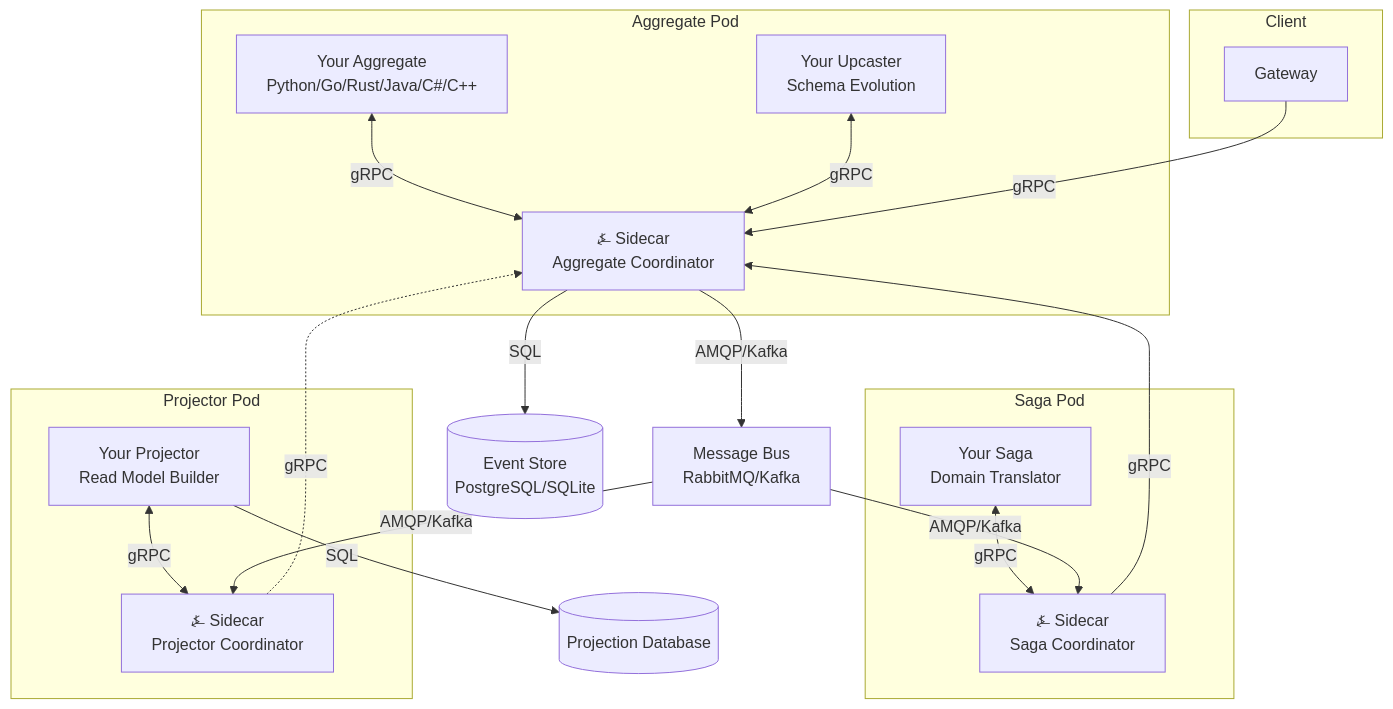
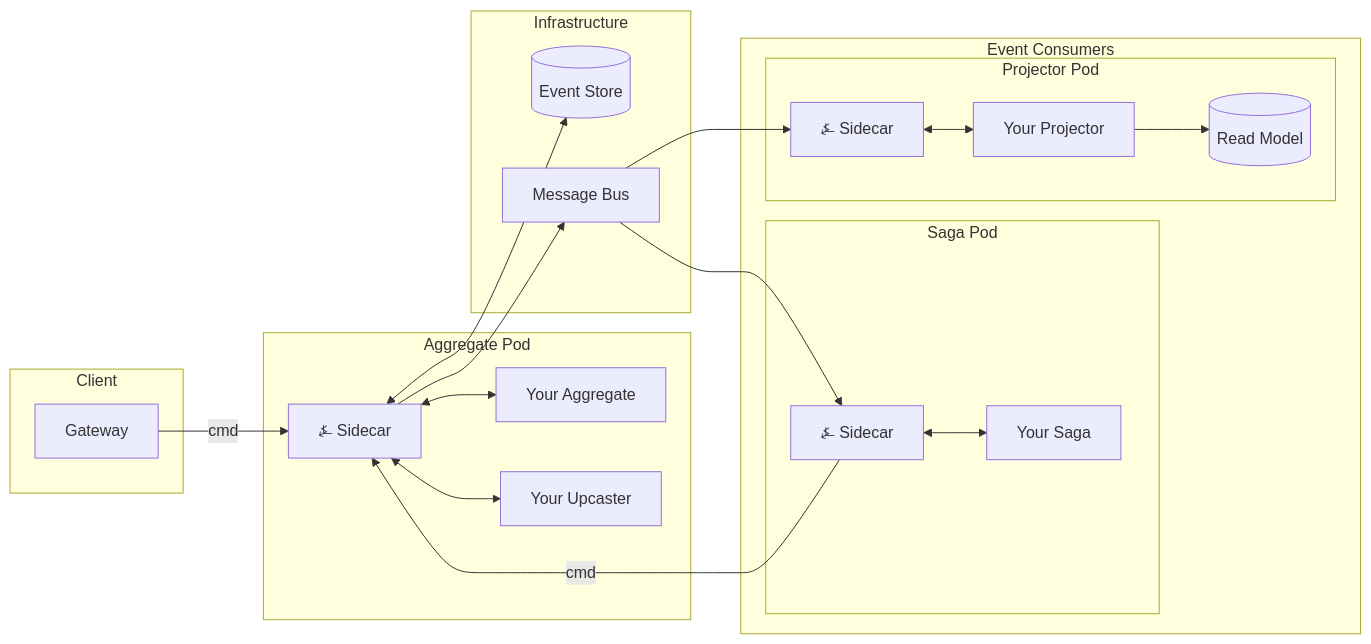
One commit to benjaminabbitt/angzarr changed the diagram in docs/docs/intro.md. Above: the diagram before and after it, drawn with Mermaid.

Commit message:
Simplify architecture diagram: LR flow, grouped infrastructure, fewer crossings

````diff
--- a/docs/docs/intro.md
+++ b/docs/docs/intro.md
@@ -75,39 +75,42 @@
 ```mermaid
-flowchart TB
+flowchart LR
     subgraph Client
         GW[Gateway]
     end
 
-    ES[(Event Store<br/>PostgreSQL/SQLite)]
-    BUS[Message Bus<br/>RabbitMQ/Kafka]
-    PRJ_DB[(Projection Database)]
-
     subgraph AggPod[Aggregate Pod]
-        AGG[Your Aggregate<br/>Python/Go/Rust/Java/C#/C++]
-        UPC[Your Upcaster<br/>Schema Evolution]
-        AGG_COORD[⍼ Sidecar<br/>Aggregate Coordinator]
-        AGG <--> |gRPC| AGG_COORD
-        UPC <--> |gRPC| AGG_COORD
+        AGG_COORD[⍼ Sidecar]
+        AGG[Your Aggregate]
+        UPC[Your Upcaster]
+        AGG_COORD <--> AGG
+        AGG_COORD <--> UPC
     end
 
-    subgraph SagaPod[Saga Pod]
-        SAGA[Your Saga<br/>Domain Translator]
-        SAGA_COORD[⍼ Sidecar<br/>Saga Coordinator]
-        SAGA <--> |gRPC| SAGA_COORD
+    subgraph Infra[Infrastructure]
+        ES[(Event Store)]
+        BUS[Message Bus]
     end
 
-    subgraph PrjPod[Projector Pod]
-        PRJ[Your Projector<br/>Read Model Builder]
-        PRJ_COORD[⍼ Sidecar<br/>Projector Coordinator]
-        PRJ <--> |gRPC| PRJ_COORD
+    subgraph Consumers[Event Consumers]
+        subgraph SagaPod[Saga Pod]
+            SAGA_COORD[⍼ Sidecar]
+            SAGA[Your Saga]
+            SAGA_COORD <--> SAGA
+        end
+
+        subgraph PrjPod[Projector Pod]
+            PRJ_COORD[⍼ Sidecar]
+            PRJ[Your Projector]
+            PRJ_DB[(Read Model)]
+            PRJ_COORD <--> PRJ
+            PRJ --> PRJ_DB
+        end
     end
 
-    GW -->|gRPC| AGG_COORD
-    AGG_COORD -->|SQL| ES
-    AGG_COORD -->|AMQP/Kafka| BUS
-    BUS -->|AMQP/Kafka| SAGA_COORD
-    BUS -->|AMQP/Kafka| PRJ_COORD
-    SAGA_COORD -->|gRPC| AGG_COORD
-    PRJ_COORD -.->|gRPC| AGG_COORD
-    PRJ -->|SQL| PRJ_DB
+    GW -->|cmd| AGG_COORD
+    AGG_COORD <--> ES
+    AGG_COORD --> BUS
+    BUS --> SAGA_COORD
+    BUS --> PRJ_COORD
+    SAGA_COORD -->|cmd| AGG_COORD
 ```
````
